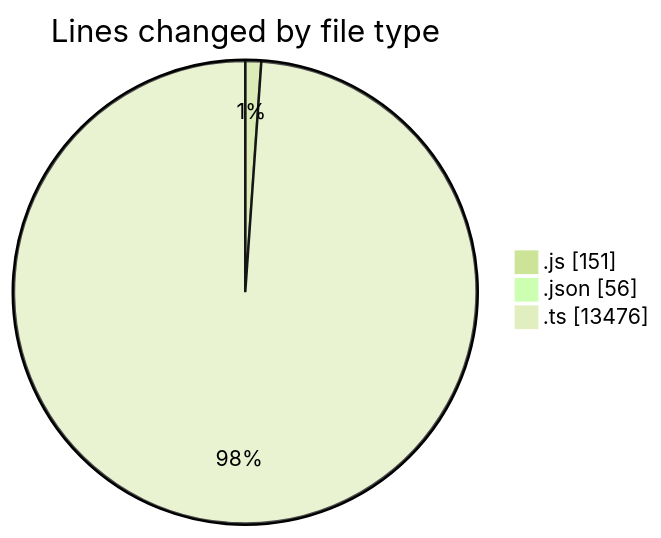
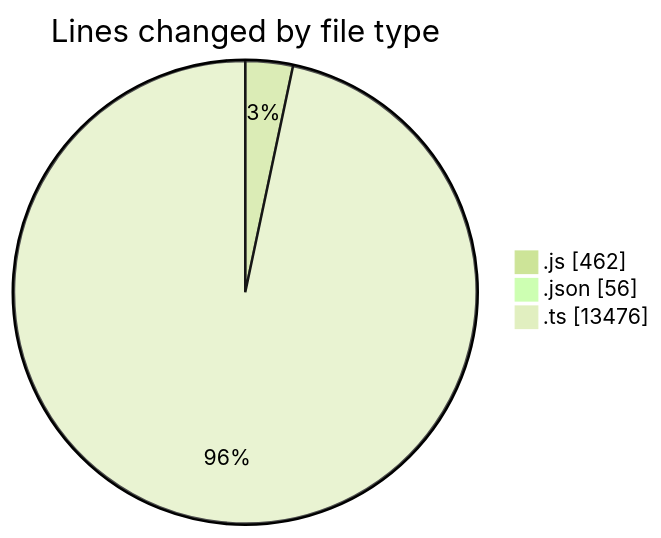
One commit to momahboobian/code-tracking changed the first of 2 diagrams in 2025-09-04/cda/README.md. Above: the diagram before and after it, drawn with Mermaid (forest theme). The commit also changed other lines of this file and 1 other file, not shown here.

````diff
--- a/2025-09-04/cda/README.md
+++ b/2025-09-04/cda/README.md
@@ -31,7 +32,7 @@
 ```mermaid
 pie showData
 title Lines changed by file type
-".js" : 151
+".js" : 462
 ".json" : 56
 ".ts" : 13476
 ```
````
